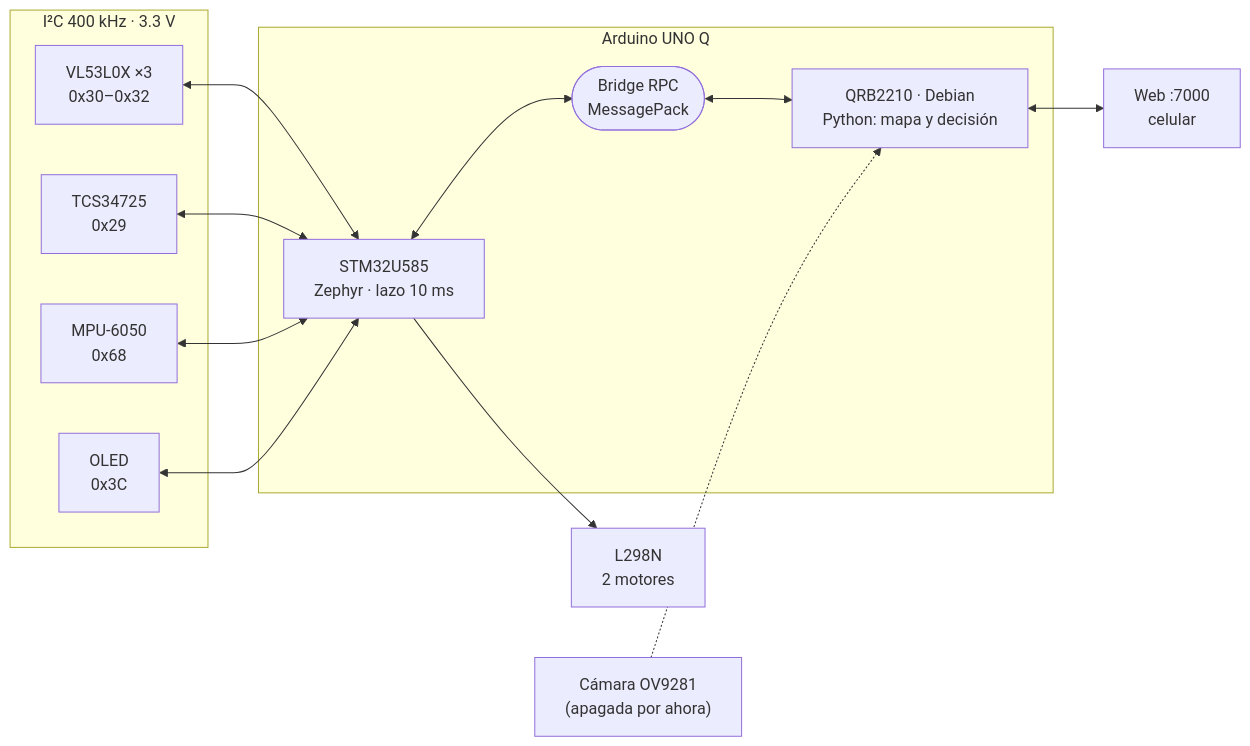
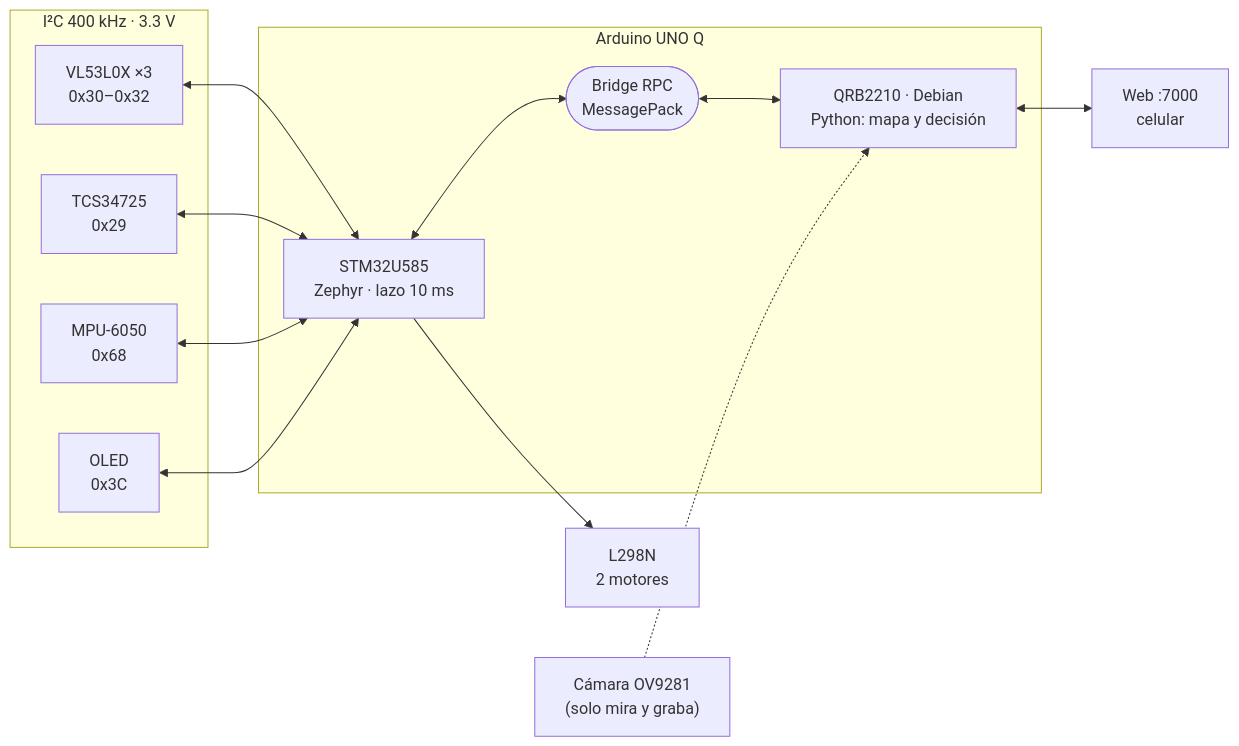
Before and after one commit to Happenedspice17/sumo-v-ia: the first of 3 diagrams in docs/manual_jueces.md, drawn with Mermaid. The commit also changed other lines of this file and 8 other files, not shown here.

````diff
--- a/docs/manual_jueces.md
+++ b/docs/manual_jueces.md
@@ -63,22 +63,22 @@
 ```mermaid
 flowchart LR
   subgraph S["I²C 400 kHz · 3.3 V"]
     T1["VL53L0X ×3<br/>0x30–0x32"]
     C["TCS34725<br/>0x29"]
     M["MPU-6050<br/>0x68"]
     O["OLED<br/>0x3C"]
   end
   subgraph Q["Arduino UNO Q"]
     STM["STM32U585<br/>Zephyr · lazo 10 ms"]
     BR(["Bridge RPC<br/>MessagePack"])
     LNX["QRB2210 · Debian<br/>Python: mapa y decisión"]
   end
   T1 <--> STM
   C <--> STM
   M <--> STM
   O <--> STM
   STM <--> BR <--> LNX
   STM --> H["L298N<br/>2 motores"]
-  CAM["Cámara OV9281<br/>(apagada por ahora)"] -.-> LNX
+  CAM["Cámara OV9281<br/>(solo mira y graba)"] -.-> LNX
   LNX <--> WEB["Web :7000<br/>celular"]
 ```
````
